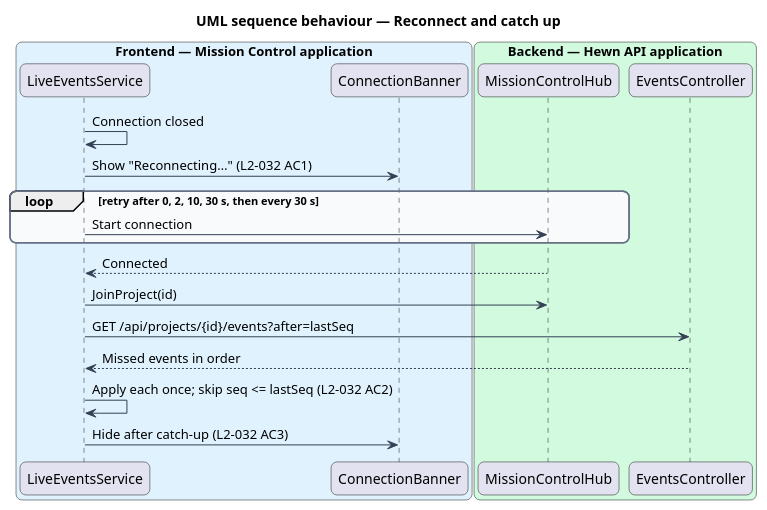
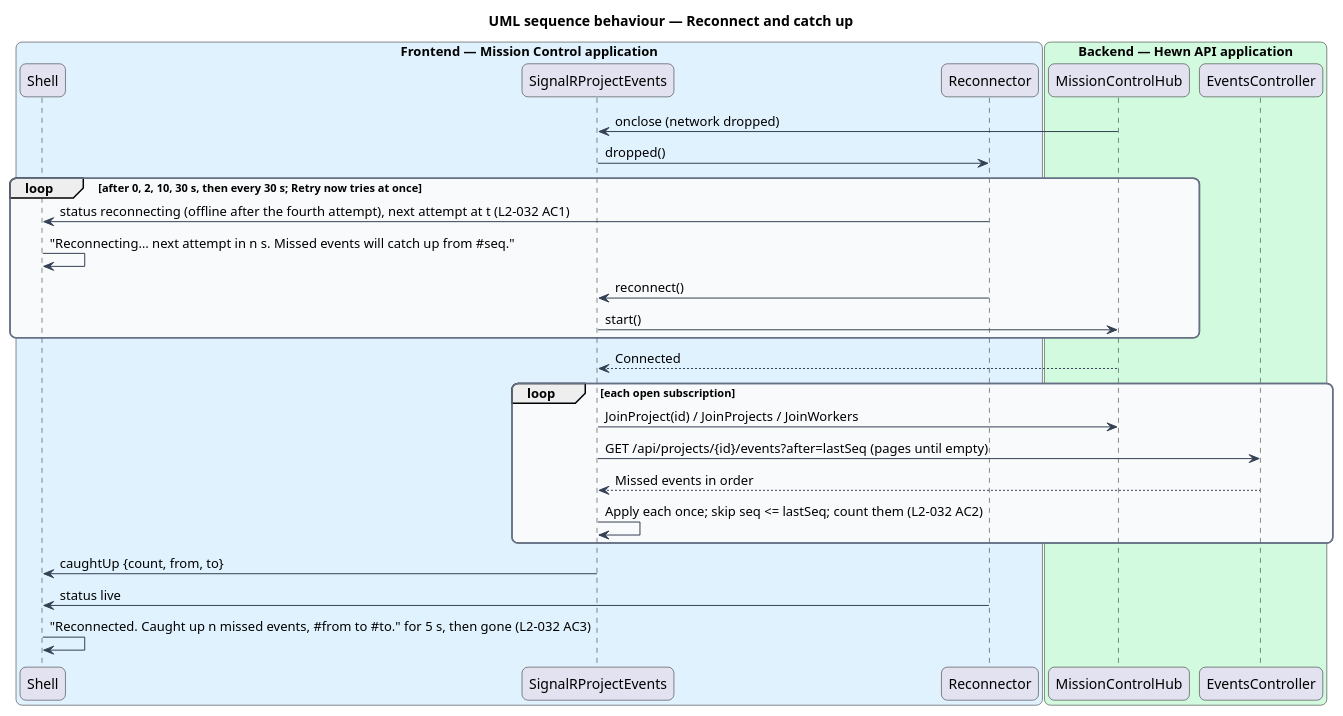
Before and after one commit to QuinntyneBrown/hewn: the diagram in docs/detailed-designs/mission-control/real-time-events/diagrams/sequence-reconnect.puml, drawn with PlantUML. The commit also changed 36 other files, not shown here.

```diff
--- a/docs/detailed-designs/mission-control/real-time-events/diagrams/sequence-reconnect.puml
+++ b/docs/detailed-designs/mission-control/real-time-events/diagrams/sequence-reconnect.puml
@@ -1,37 +1,45 @@
 @startuml
 title UML sequence behaviour — Reconnect and catch up
 skinparam backgroundColor #FFFFFF
 skinparam shadowing false
 skinparam roundcorner 12
 skinparam defaultFontName Arial
 skinparam ArrowColor #344054
 skinparam rectangle {
   BorderColor #344054
   FontColor #101828
 }
 skinparam package {
   BorderColor #667085
   FontColor #101828
   BackgroundColor #F9FAFB
 }
 skinparam sequenceMessageAlign left
 box "Frontend — Mission Control application" #E0F2FE
-  participant "LiveEventsService" as live
-  participant "ConnectionBanner" as banner
+  participant "Shell" as banner
+  participant "SignalRProjectEvents" as live
+  participant "Reconnector" as rec
 end box
 box "Backend — Hewn API application" #D1FADF
   participant "MissionControlHub" as hub
   participant "EventsController" as ctrl
 end box
-live -> live : Connection closed
-live -> banner : Show "Reconnecting…" (L2-032 AC1)
-loop retry after 0, 2, 10, 30 s, then every 30 s
-  live -> hub : Start connection
+hub -> live : onclose (network dropped)
+live -> rec : dropped()
+loop after 0, 2, 10, 30 s, then every 30 s; Retry now tries at once
+  rec -> banner : status reconnecting (offline after the fourth attempt), next attempt at t (L2-032 AC1)
+  banner -> banner : "Reconnecting… next attempt in n s. Missed events will catch up from #seq."
+  rec -> live : reconnect()
+  live -> hub : start()
 end
 hub --> live : Connected
-live -> hub : JoinProject(id)
-live -> ctrl : GET /api/projects/{id}/events?after=lastSeq
-ctrl --> live : Missed events in order
-live -> live : Apply each once; skip seq <= lastSeq (L2-032 AC2)
-live -> banner : Hide after catch-up (L2-032 AC3)
+loop each open subscription
+  live -> hub : JoinProject(id) / JoinProjects / JoinWorkers
+  live -> ctrl : GET /api/projects/{id}/events?after=lastSeq (pages until empty)
+  ctrl --> live : Missed events in order
+  live -> live : Apply each once; skip seq <= lastSeq; count them (L2-032 AC2)
+end
+live -> banner : caughtUp {count, from, to}
+rec -> banner : status live
+banner -> banner : "Reconnected. Caught up n missed events, #from to #to." for 5 s, then gone (L2-032 AC3)
 @enduml
```
